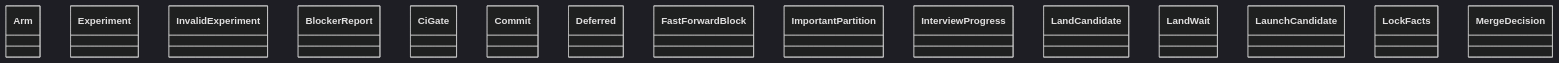
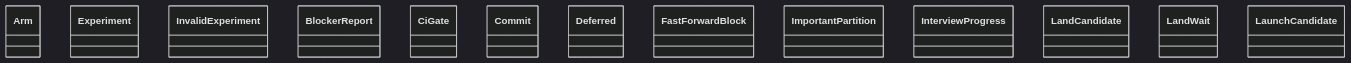
The diagram in docs/architecture/generated/classes-process-domain-state-1.md (GonzaloZevallos/agentic-system), drawn with Mermaid (dark theme) before and after one commit. The commit also changed other lines of this file and 18 other files, not shown here.

First line of the commit message:
Regenerate the architecture pages for the shadow record types

````diff
--- a/docs/architecture/generated/classes-process-domain-state-1.md
+++ b/docs/architecture/generated/classes-process-domain-state-1.md
@@ -22,18 +23,16 @@
 ```mermaid
 classDiagram
     class experiment__Arm["Arm"]
     class experiment__Experiment["Experiment"]
     class experiment__InvalidExperiment["InvalidExperiment"]
     class rules__BlockerReport["BlockerReport"]
     class rules__CiGate["CiGate"]
     class rules__Commit["Commit"]
     class rules__Deferred["Deferred"]
     class rules__FastForwardBlock["FastForwardBlock"]
     class rules__ImportantPartition["ImportantPartition"]
     class rules__InterviewProgress["InterviewProgress"]
     class rules__LandCandidate["LandCandidate"]
     class rules__LandWait["LandWait"]
     class rules__LaunchCandidate["LaunchCandidate"]
-    class rules__LockFacts["LockFacts"]
-    class rules__MergeDecision["MergeDecision"]
 ```
````
